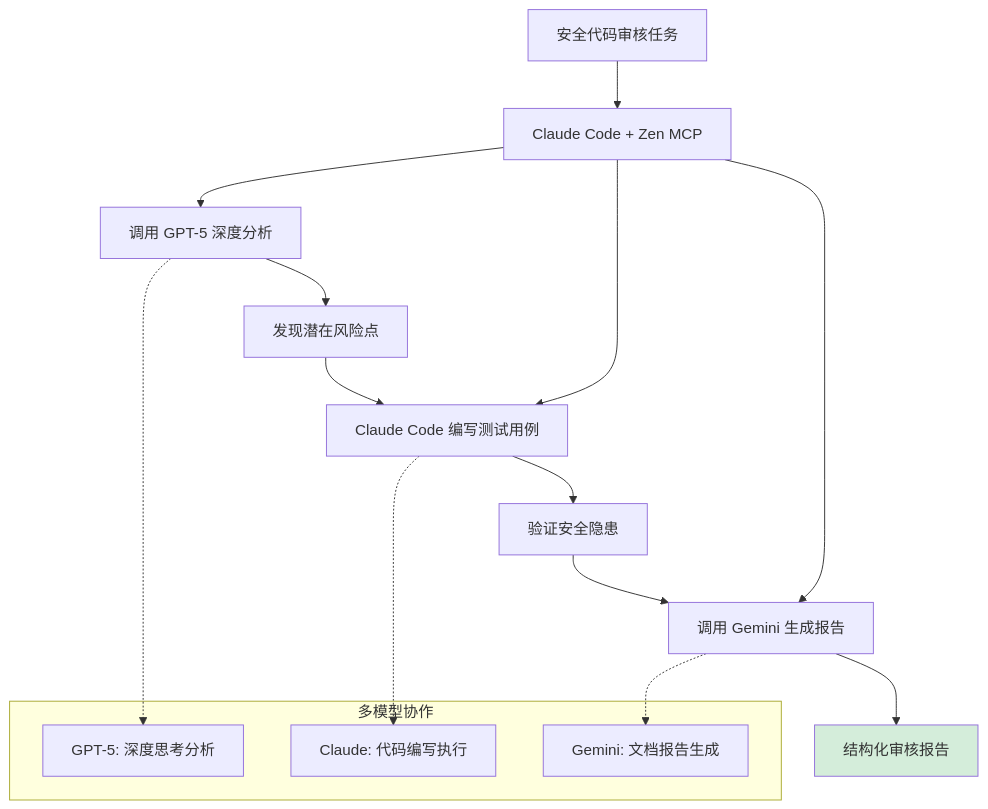
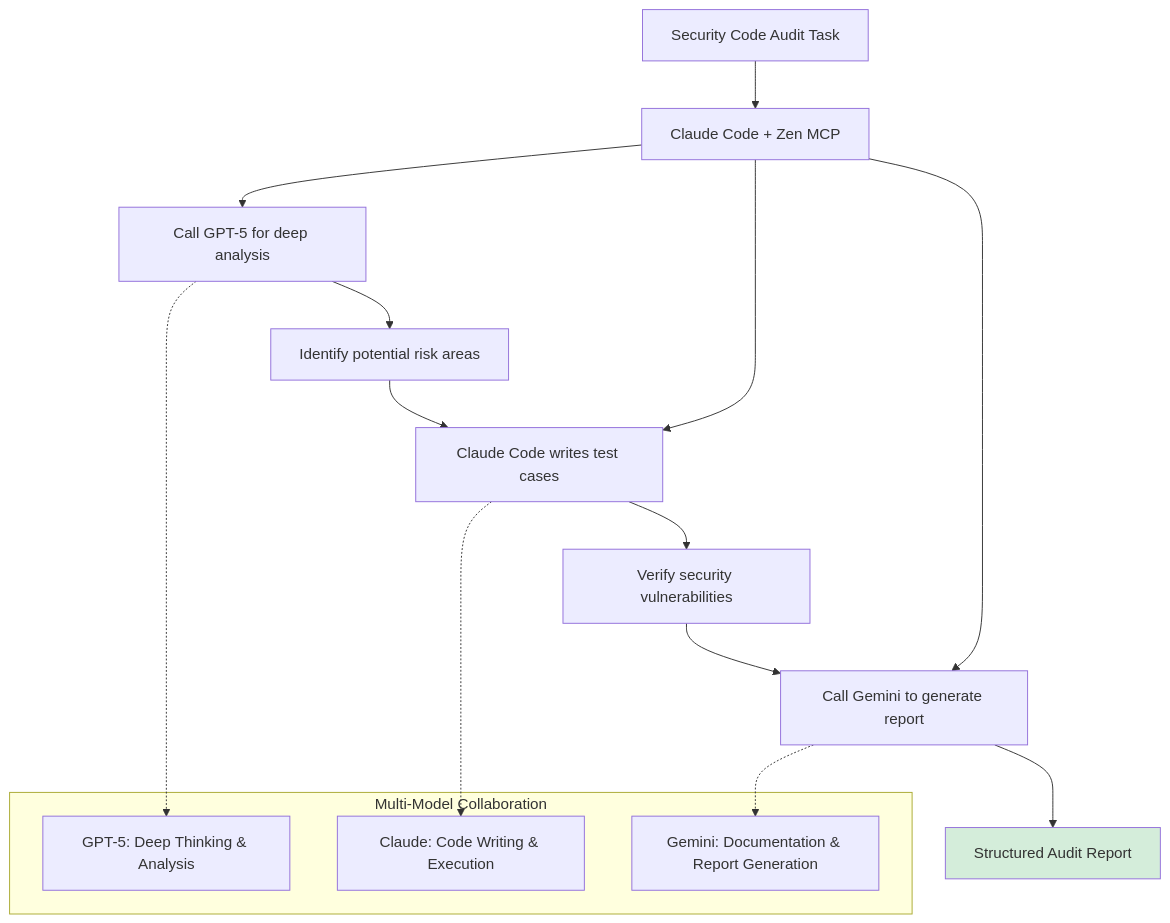
One commit to woodywang/woodywang.github.io changed the third of 4 diagrams in _posts/2025-09-05-claude-code-mcp-recommendations-en.md. Above: the diagram before and after it, drawn with Mermaid. The commit also changed other lines of this file and 5 other files, not shown here.

First line of the commit message:
fix: translate Chinese text in mermaid diagrams across all English posts

````diff
--- a/_posts/2025-09-05-claude-code-mcp-recommendations-en.md
+++ b/_posts/2025-09-05-claude-code-mcp-recommendations-en.md
@@ -100,27 +100,27 @@
 ```mermaid
 graph TD
-    A[安全代码审核任务] --> B[Claude Code + Zen MCP]
+    A[Security Code Audit Task] --> B[Claude Code + Zen MCP]
 
-    B --> C[调用 GPT-5 深度分析]
-    C --> D[发现潜在风险点]
+    B --> C[Call GPT-5 for deep analysis]
+    C --> D[Identify potential risk areas]
 
-    B --> E[Claude Code 编写测试用例]
+    B --> E[Claude Code writes test cases]
     D --> E
-    E --> F[验证安全隐患]
+    E --> F[Verify security vulnerabilities]
 
-    B --> G[调用 Gemini 生成报告]
+    B --> G[Call Gemini to generate report]
     F --> G
-    G --> H[结构化审核报告]
+    G --> H[Structured Audit Report]
 
-    subgraph "多模型协作"
-        I[GPT-5: 深度思考分析]
-        J[Claude: 代码编写执行]
-        K[Gemini: 文档报告生成]
+    subgraph "Multi-Model Collaboration"
+        I[GPT-5: Deep Thinking & Analysis]
+        J[Claude: Code Writing & Execution]
+        K[Gemini: Documentation & Report Generation]
     end
 
     C -.-> I
     E -.-> J
     G -.-> K
 
     style H fill:#d4edda
 ```
````
